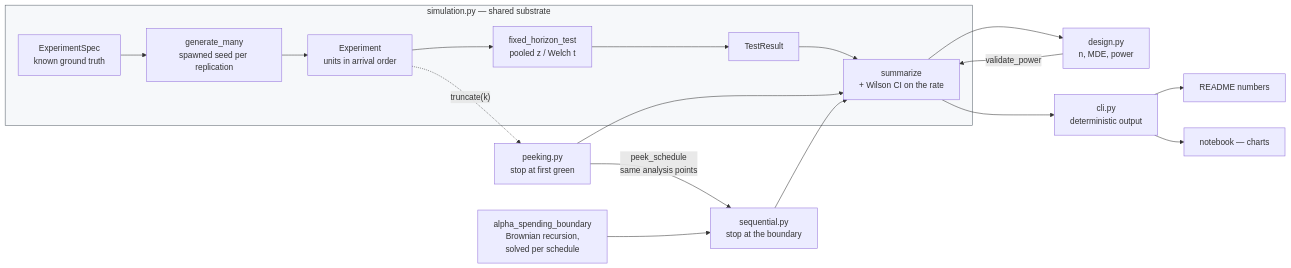
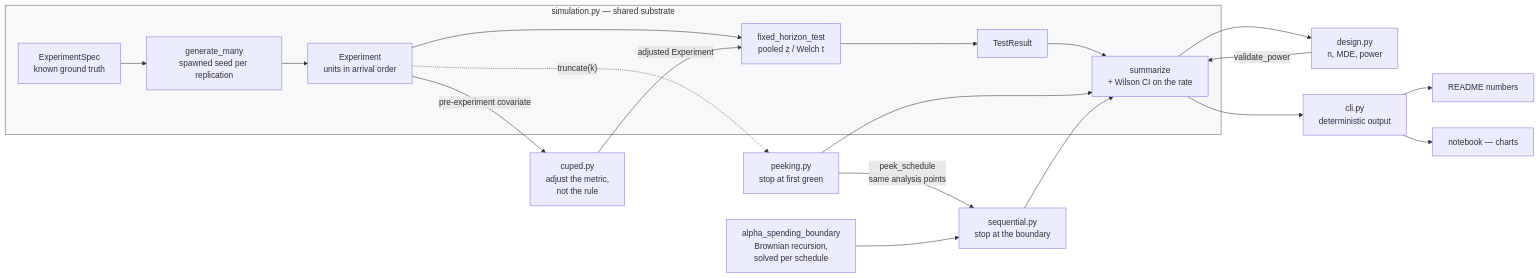
One commit to Prithv122/ab-testing-kit changed the diagram in README.md. Above: the diagram before and after it, drawn with Mermaid. The commit also changed other lines of this file and 2 other files, not shown here.

````diff
--- a/README.md
+++ b/README.md
@@ -53,24 +53,26 @@
 ```mermaid
 flowchart LR
     subgraph core["simulation.py — shared substrate"]
         A["ExperimentSpec<br/>known ground truth"] --> B["generate_many<br/>spawned seed per replication"]
         B --> C["Experiment<br/>units in arrival order"]
         C --> D["fixed_horizon_test<br/>pooled z / Welch t"]
         D --> E["TestResult"]
         E --> F["summarize<br/>+ Wilson CI on the rate"]
     end
 
     C -.->|"truncate(k)"| G["peeking.py<br/>stop at first green"]
     G -->|"peek_schedule<br/>same analysis points"| S["sequential.py<br/>stop at the boundary"]
     P["alpha_spending_boundary<br/>Brownian recursion,<br/>solved per schedule"] --> S
+    C -->|"pre-experiment covariate"| U["cuped.py<br/>adjust the metric,<br/>not the rule"]
+    U -->|"adjusted Experiment"| D
     F --> H["design.py<br/>n, MDE, power"]
     G --> F
     S --> F
     H -->|"validate_power"| F
 
     F --> I["cli.py<br/>deterministic output"]
     I --> J["README numbers"]
     I --> K["notebook — charts"]
 
     style core fill:#f6f8fa,stroke:#57606a
 ```
````
